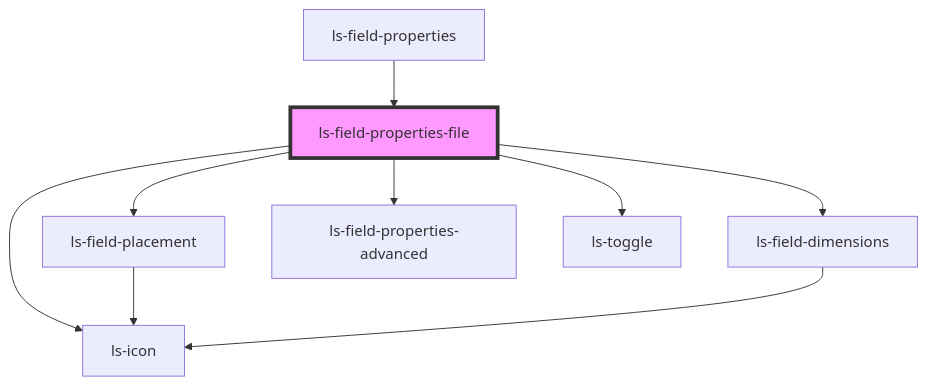
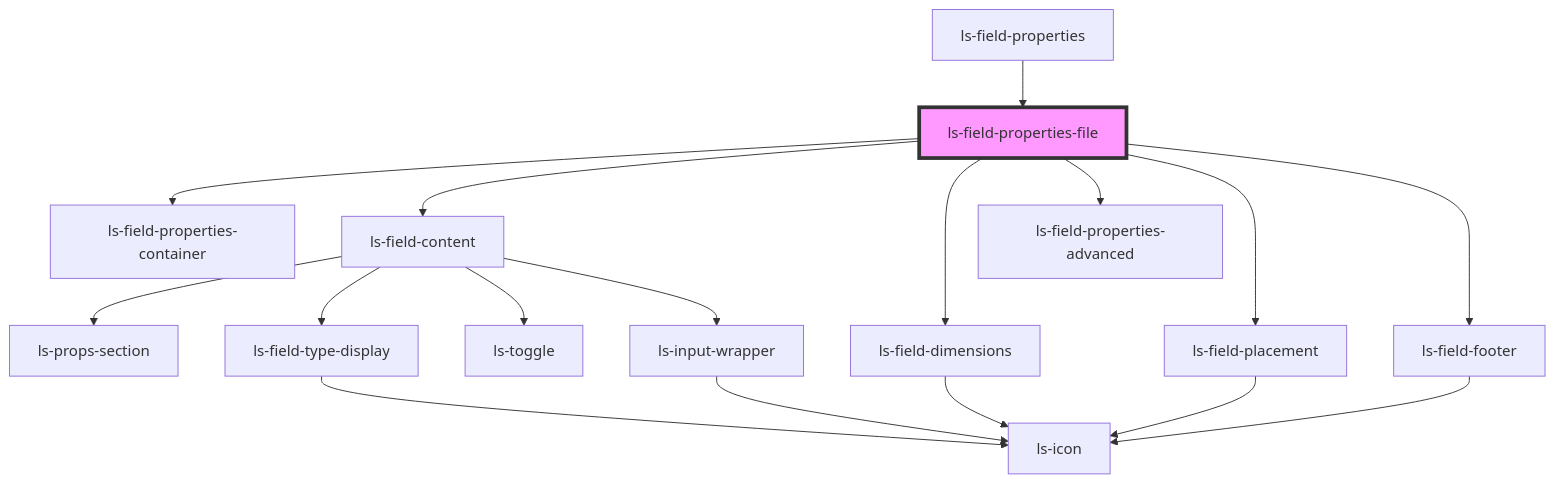
One commit to legalesign/ls-document-viewer changed the diagram in src/components/ls-field-properties-file/readme.md. Above: the diagram before and after it, drawn with Mermaid. The commit also changed other lines of this file and 16 other files, not shown here.

````diff
--- a/src/components/ls-field-properties-file/readme.md
+++ b/src/components/ls-field-properties-file/readme.md
@@ -31,12 +31,20 @@
 ```mermaid
 graph TD;
-  ls-field-properties-file --> ls-field-placement
+  ls-field-properties-file --> ls-field-properties-container
+  ls-field-properties-file --> ls-field-content
   ls-field-properties-file --> ls-field-dimensions
   ls-field-properties-file --> ls-field-properties-advanced
-  ls-field-properties-file --> ls-icon
-  ls-field-properties-file --> ls-toggle
+  ls-field-properties-file --> ls-field-placement
+  ls-field-properties-file --> ls-field-footer
+  ls-field-content --> ls-props-section
+  ls-field-content --> ls-field-type-display
+  ls-field-content --> ls-toggle
+  ls-field-content --> ls-input-wrapper
+  ls-field-type-display --> ls-icon
+  ls-input-wrapper --> ls-icon
+  ls-field-dimensions --> ls-icon
   ls-field-placement --> ls-icon
-  ls-field-dimensions --> ls-icon
+  ls-field-footer --> ls-icon
   ls-field-properties --> ls-field-properties-file
   style ls-field-properties-file fill:#f9f,stroke:#333,stroke-width:4px
 ```
````
